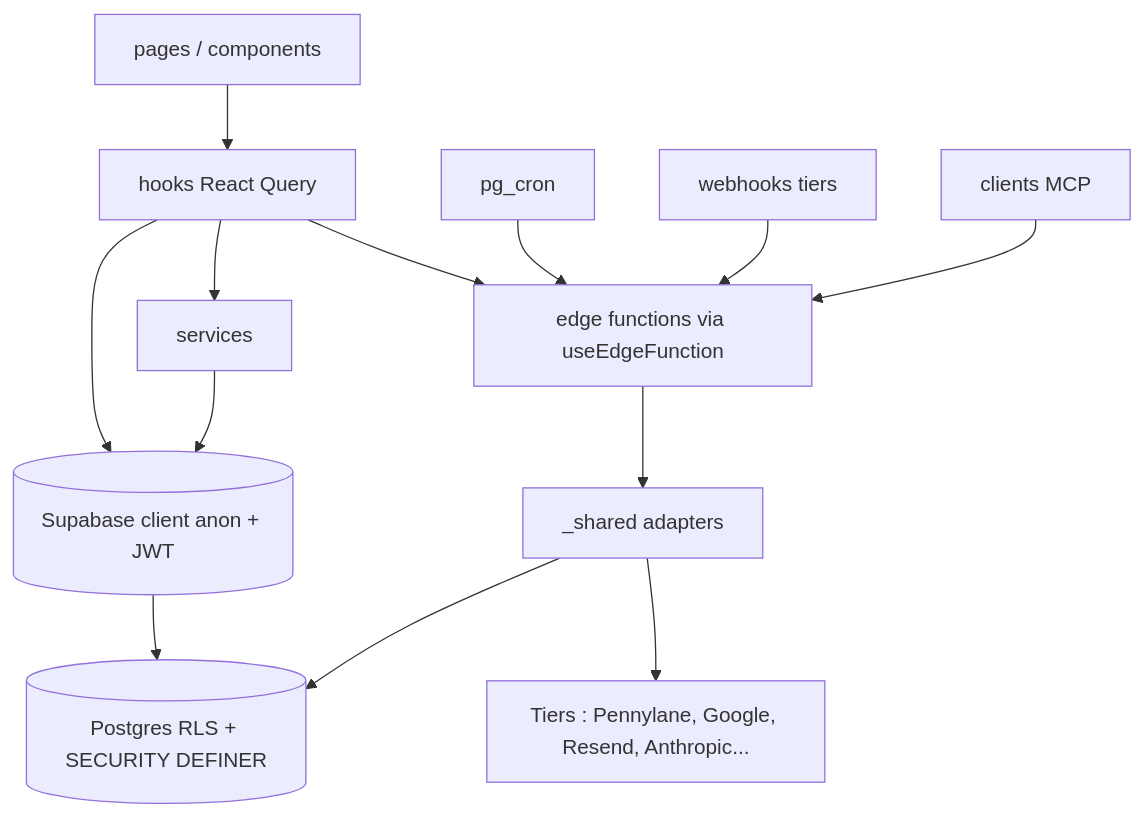
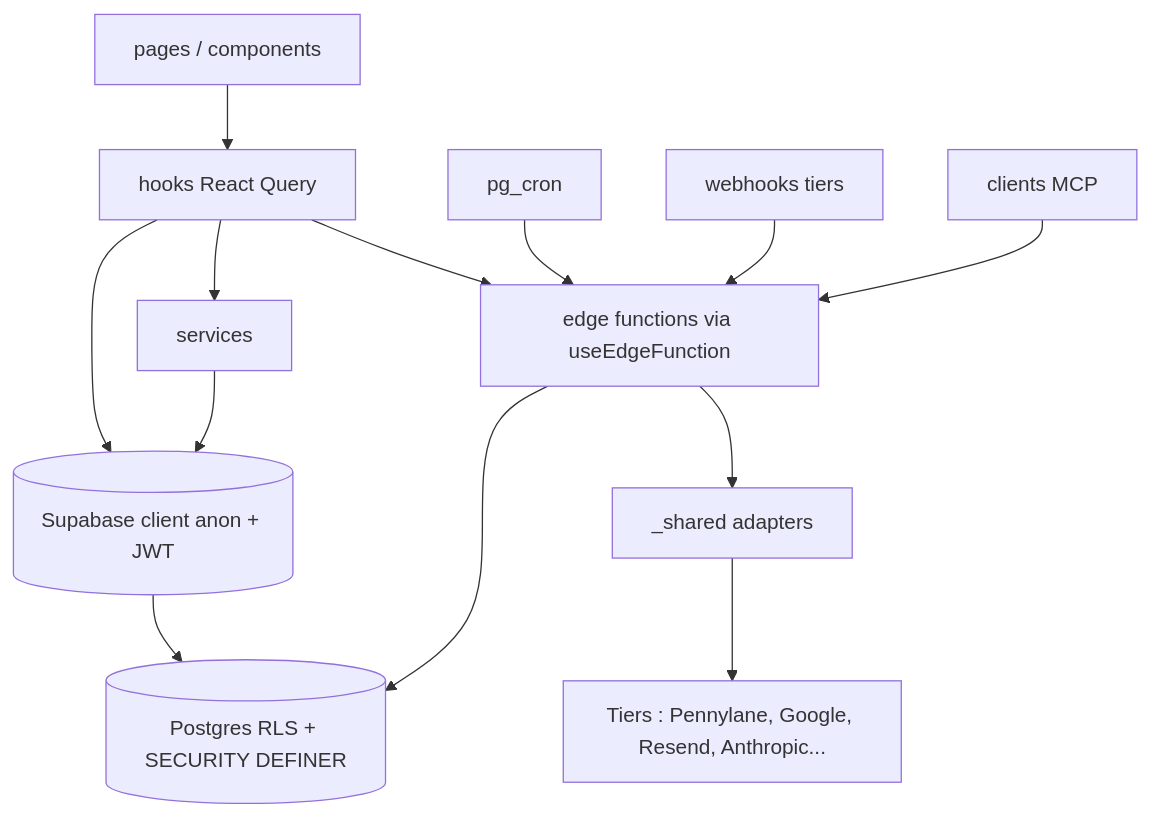
One commit to romaincouturier/super-tools changed the first of 3 diagrams in _bmad-output/planning-artifacts/architecture/architecture-super-tools-2026-09-24/ARCHITECTURE-SPINE.md. Above: the diagram before and after it, drawn with Mermaid. The commit also changed other lines of this file and 2 other files, not shown here.

First line of the commit message:
docs(bmad): spine d'architecture de super-tools (existant ratifié, 15 AD, relectures)

````diff
--- a/_bmad-output/planning-artifacts/architecture/architecture-super-tools-2026-09-24/ARCHITECTURE-SPINE.md
+++ b/_bmad-output/planning-artifacts/architecture/architecture-super-tools-2026-09-24/ARCHITECTURE-SPINE.md
@@ -33,15 +35,15 @@
 ```mermaid
 flowchart TD
   UI[pages / components] --> H[hooks React Query]
   H --> S[services]
   H --> SB[(Supabase client anon + JWT)]
   S --> SB
   H --> EF[edge functions via useEdgeFunction]
   SB --> PG[(Postgres RLS + SECURITY DEFINER)]
   EF --> SH[_shared adapters]
-  SH --> PG
+  EF --> PG
   SH --> EXT[Tiers : Pennylane, Google, Resend, Anthropic...]
   CRON[pg_cron] --> EF
   WH[webhooks tiers] --> EF
   MCP[clients MCP] --> EF
 ```
````
